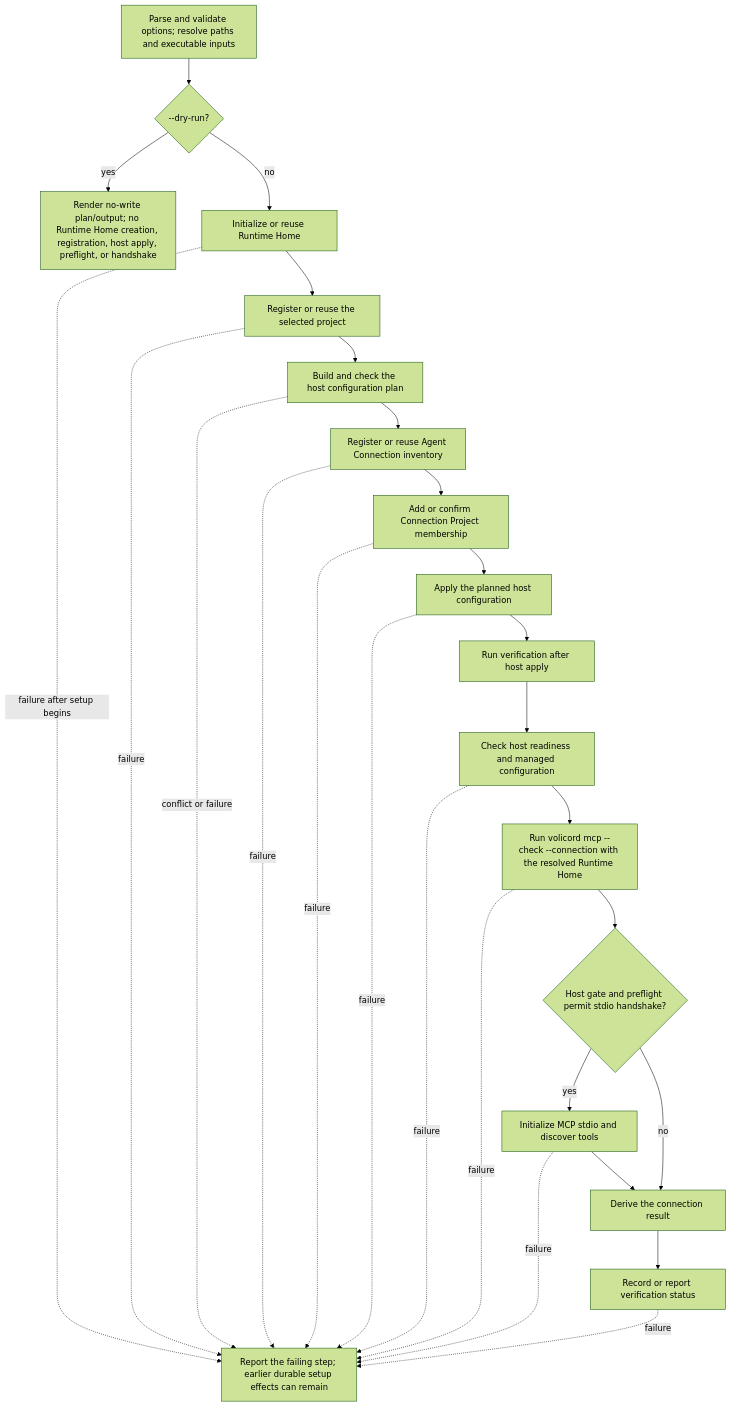
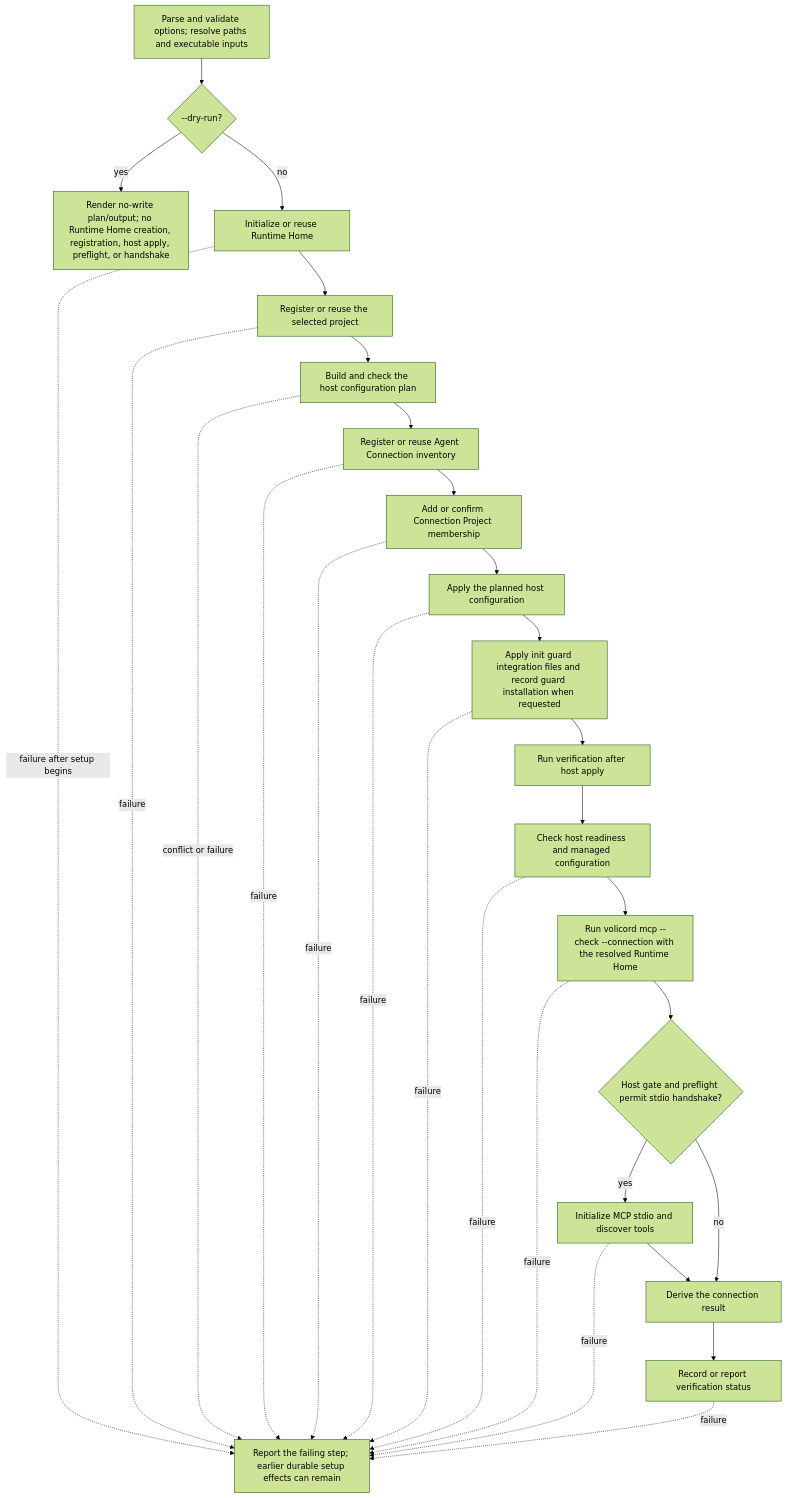
One commit to minjungw00/Harness_Project changed the fourth of 4 diagrams in docs/en/development/architecture.md. Above: the diagram before and after it, drawn with Mermaid (forest theme). The commit also changed other lines of this file and 13 other files, not shown here.

````diff
--- a/docs/en/development/architecture.md
+++ b/docs/en/development/architecture.md
@@ -279,37 +279,39 @@
 ```mermaid
 flowchart TD
   parse["Parse and validate options; resolve paths and executable inputs"]
   dry{"--dry-run?"}
   dryout["Render no-write plan/output; no Runtime Home creation, registration, host apply, preflight, or handshake"]
   runtime["Initialize or reuse Runtime Home"]
   project["Register or reuse the selected project"]
   plan["Build and check the host configuration plan"]
   connection["Register or reuse Agent Connection inventory"]
   membership["Add or confirm Connection Project membership"]
   host["Apply the planned host configuration"]
+  integration["Apply init guard integration files and record guard installation when requested"]
   verify["Run verification after host apply"]
   readiness["Check host readiness and managed configuration"]
   preflight["Run volicord mcp --check --connection with the resolved Runtime Home"]
   gate{"Host gate and preflight permit stdio handshake?"}
   handshake["Initialize MCP stdio and discover tools"]
   aggregate["Derive the connection result"]
   final["Record or report verification status"]
   fail["Report the failing step; earlier durable setup effects can remain"]
 
   parse --> dry
   dry -- yes --> dryout
-  dry -- no --> runtime --> project --> plan --> connection --> membership --> host --> verify
+  dry -- no --> runtime --> project --> plan --> connection --> membership --> host --> integration --> verify
   verify --> readiness --> preflight --> gate
   gate -- yes --> handshake --> aggregate --> final
   gate -- no --> aggregate
   runtime -. failure after setup begins .-> fail
   project -. failure .-> fail
   plan -. conflict or failure .-> fail
   connection -. failure .-> fail
   membership -. failure .-> fail
   host -. failure .-> fail
+  integration -. failure .-> fail
   readiness -. failure .-> fail
   preflight -. failure .-> fail
   handshake -. failure .-> fail
   final -. failure .-> fail
 ```
````
